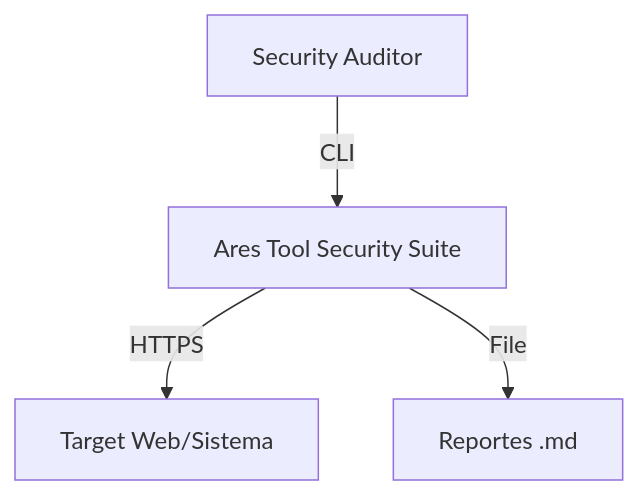
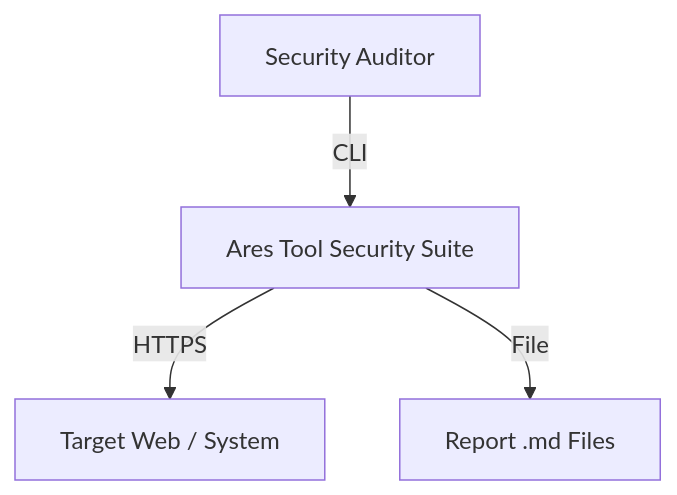
Before and after one commit to uramos89/ares-tool-security: the first of 2 diagrams in docs/ARCHITECTURE.md, drawn with Mermaid. The commit also changed other lines of this file and 6 other files, not shown here.

````diff
--- a/docs/ARCHITECTURE.md
+++ b/docs/ARCHITECTURE.md
@@ -4,6 +4,6 @@
 ```mermaid
 graph TD
     User[Security Auditor] -->|CLI| Ares[Ares Tool Security Suite]
-    Ares -->|HTTPS| Target[Target Web/Sistema]
-    Ares -->|File| Reports[Reportes .md]
+    Ares -->|HTTPS| Target[Target Web / System]
+    Ares -->|File| Reports[Report .md Files]
 ```
````
